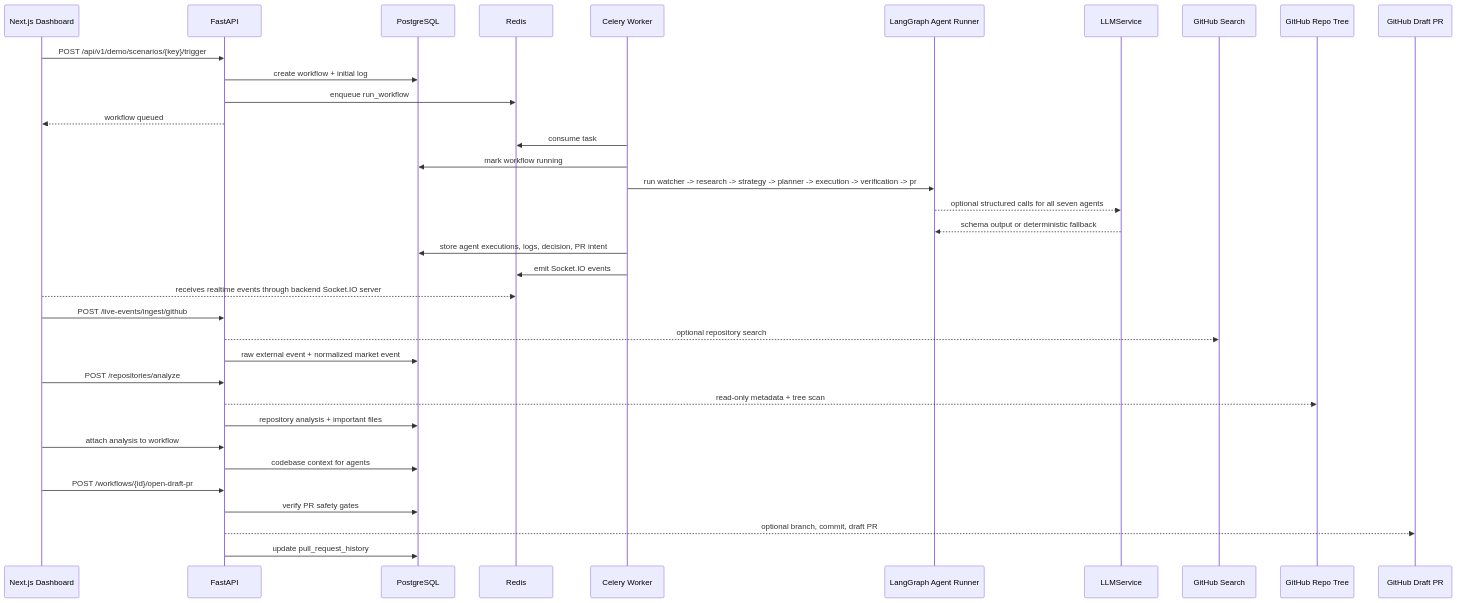
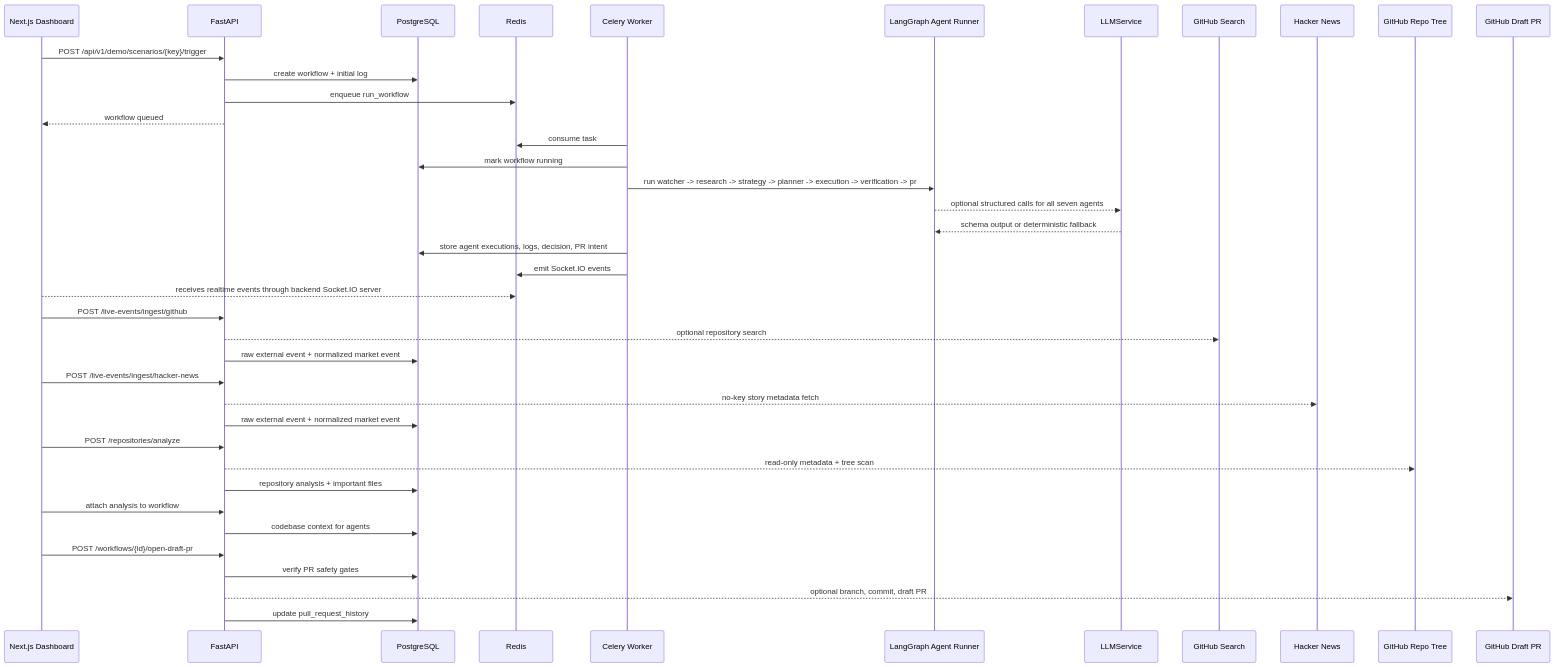
The diagram in docs/architecture.md (TheTaheer1/EvolvAi), drawn with Mermaid before and after one commit. The commit also changed other lines of this file and 23 other files, not shown here.

````diff
--- a/docs/architecture.md
+++ b/docs/architecture.md
@@ -5,38 +5,42 @@
 ```mermaid
 sequenceDiagram
   participant UI as Next.js Dashboard
   participant API as FastAPI
   participant PG as PostgreSQL
   participant Redis as Redis
   participant Worker as Celery Worker
   participant Agents as LangGraph Agent Runner
   participant LLM as LLMService
   participant GH as GitHub Search
+  participant HN as Hacker News
   participant Repo as GitHub Repo Tree
   participant PR as GitHub Draft PR
 
   UI->>API: POST /api/v1/demo/scenarios/{key}/trigger
   API->>PG: create workflow + initial log
   API->>Redis: enqueue run_workflow
   API-->>UI: workflow queued
   Worker->>Redis: consume task
   Worker->>PG: mark workflow running
   Worker->>Agents: run watcher -> research -> strategy -> planner -> execution -> verification -> pr
   Agents-->>LLM: optional structured calls for all seven agents
   LLM-->>Agents: schema output or deterministic fallback
   Worker->>PG: store agent executions, logs, decision, PR intent
   Worker->>Redis: emit Socket.IO events
   UI-->>Redis: receives realtime events through backend Socket.IO server
   UI->>API: POST /live-events/ingest/github
   API-->>GH: optional repository search
   API->>PG: raw external event + normalized market event
+  UI->>API: POST /live-events/ingest/hacker-news
+  API-->>HN: no-key story metadata fetch
+  API->>PG: raw external event + normalized market event
   UI->>API: POST /repositories/analyze
   API-->>Repo: read-only metadata + tree scan
   API->>PG: repository analysis + important files
   UI->>API: attach analysis to workflow
   API->>PG: codebase context for agents
   UI->>API: POST /workflows/{id}/open-draft-pr
   API->>PG: verify PR safety gates
   API-->>PR: optional branch, commit, draft PR
   API->>PG: update pull_request_history
 ```
````
